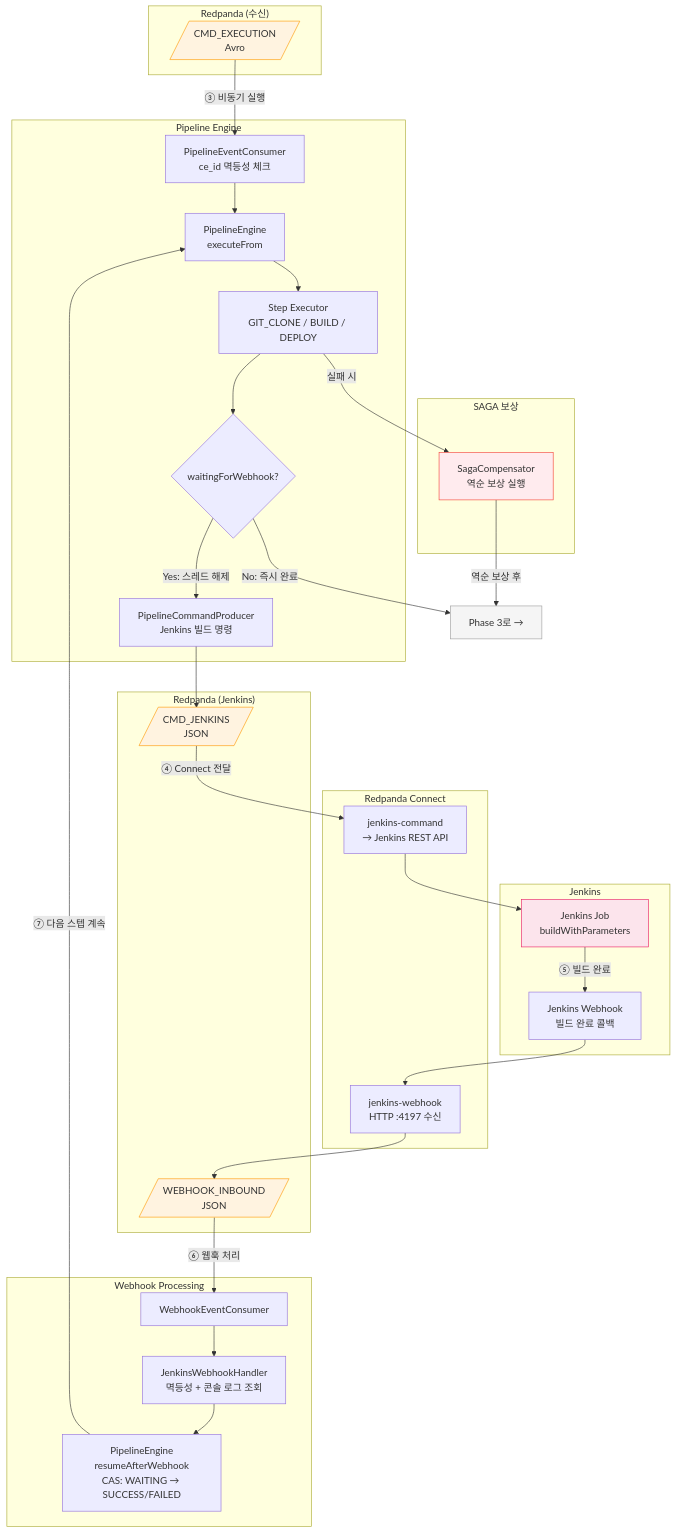
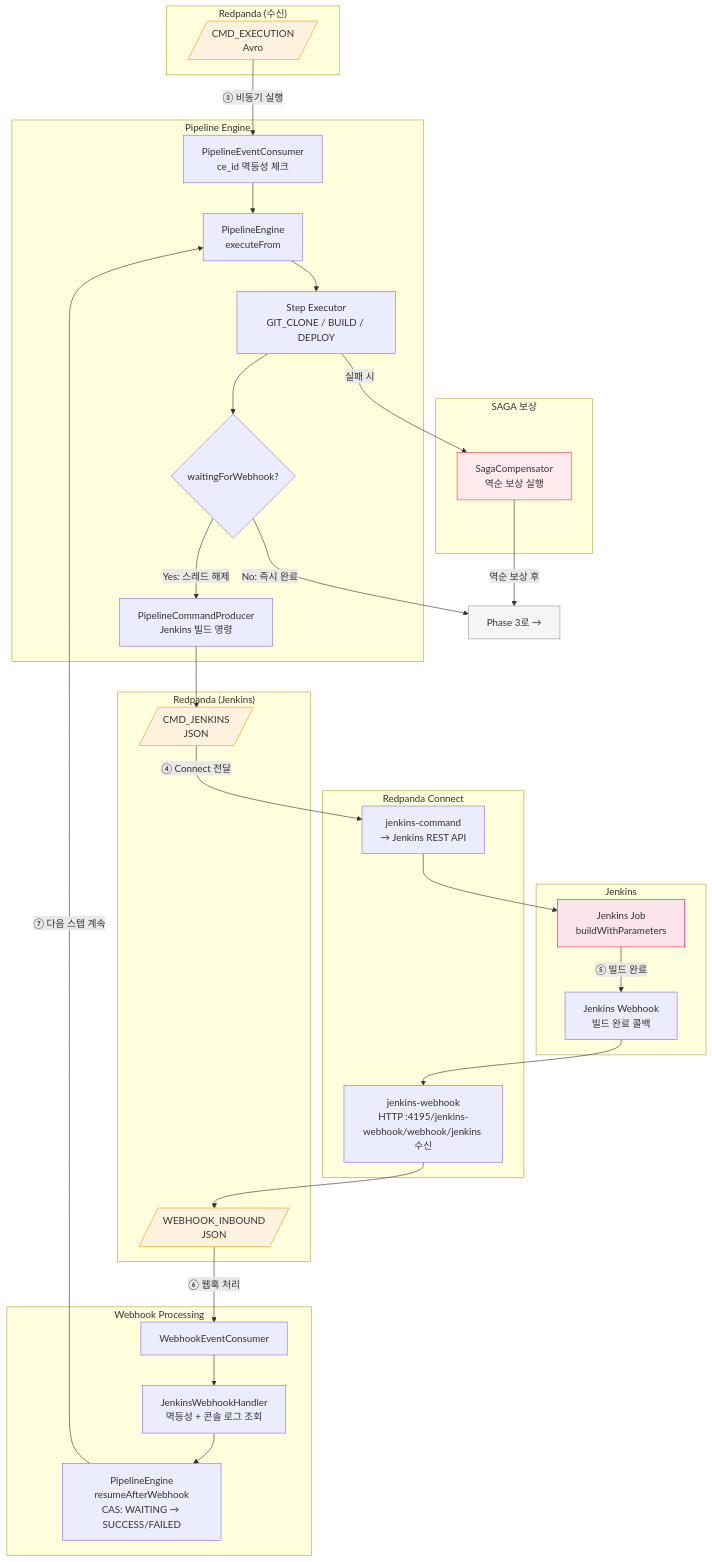
The third of 9 diagrams in docs/pipeline/pipeline-flow.md (scofe97/Redpanda-PlayGround), drawn with Mermaid before and after one commit. The commit also changed other lines of this file and 20 other files, not shown here.

````diff
--- a/docs/pipeline/pipeline-flow.md
+++ b/docs/pipeline/pipeline-flow.md
@@ -78,65 +78,65 @@
 ```mermaid
 graph TB
     subgraph kafka_in["Redpanda (수신)"]
         H[/CMD_EXECUTION<br>Avro/]
     end
 
     subgraph engine["Pipeline Engine"]
         M[PipelineEventConsumer<br>ce_id 멱등성 체크]
         N[PipelineEngine<br>executeFrom]
         P[Step Executor<br>GIT_CLONE / BUILD / DEPLOY]
         O{waitingForWebhook?}
         Q[PipelineCommandProducer<br>Jenkins 빌드 명령]
     end
 
     subgraph kafka_mid["Redpanda (Jenkins)"]
         I[/CMD_JENKINS<br>JSON/]
         J[/WEBHOOK_INBOUND<br>JSON/]
     end
 
     subgraph connect["Redpanda Connect"]
         R[jenkins-command<br>→ Jenkins REST API]
-        S[jenkins-webhook<br>HTTP :4197 수신]
+        S[jenkins-webhook<br>HTTP :4195/jenkins-webhook/webhook/jenkins 수신]
     end
 
     subgraph jenkins["Jenkins"]
         T[Jenkins Job<br>buildWithParameters]
         U[Jenkins Webhook<br>빌드 완료 콜백]
     end
 
     subgraph webhook["Webhook Processing"]
         V[WebhookEventConsumer]
         W[JenkinsWebhookHandler<br>멱등성 + 콘솔 로그 조회]
         X[PipelineEngine<br>resumeAfterWebhook<br>CAS: WAITING → SUCCESS/FAILED]
     end
 
     subgraph saga["SAGA 보상"]
         CC[SagaCompensator<br>역순 보상 실행]
     end
 
     EVT[Phase 3로 →]
 
     H -->|"③ 비동기 실행"| M --> N
     N --> P
     P --> O
 
     O -->|"Yes: 스레드 해제"| Q
     Q --> I
     I -->|"④ Connect 전달"| R --> T
 
     T -->|"⑤ 빌드 완료"| U --> S
     S --> J
     J -->|"⑥ 웹훅 처리"| V --> W --> X
     X -->|"⑦ 다음 스텝 계속"| N
 
     O -->|"No: 즉시 완료"| EVT
     P -->|"실패 시"| CC
     CC -->|"역순 보상 후"| EVT
 
     style H fill:#fff3e0,stroke:#ff9800,color:#333
     style I fill:#fff3e0,stroke:#ff9800,color:#333
     style J fill:#fff3e0,stroke:#ff9800,color:#333
     style T fill:#fce4ec,stroke:#e91e63,color:#333
     style CC fill:#ffebee,stroke:#f44336,color:#333
     style EVT fill:#f5f5f5,stroke:#9e9e9e,color:#333
 ```
````
